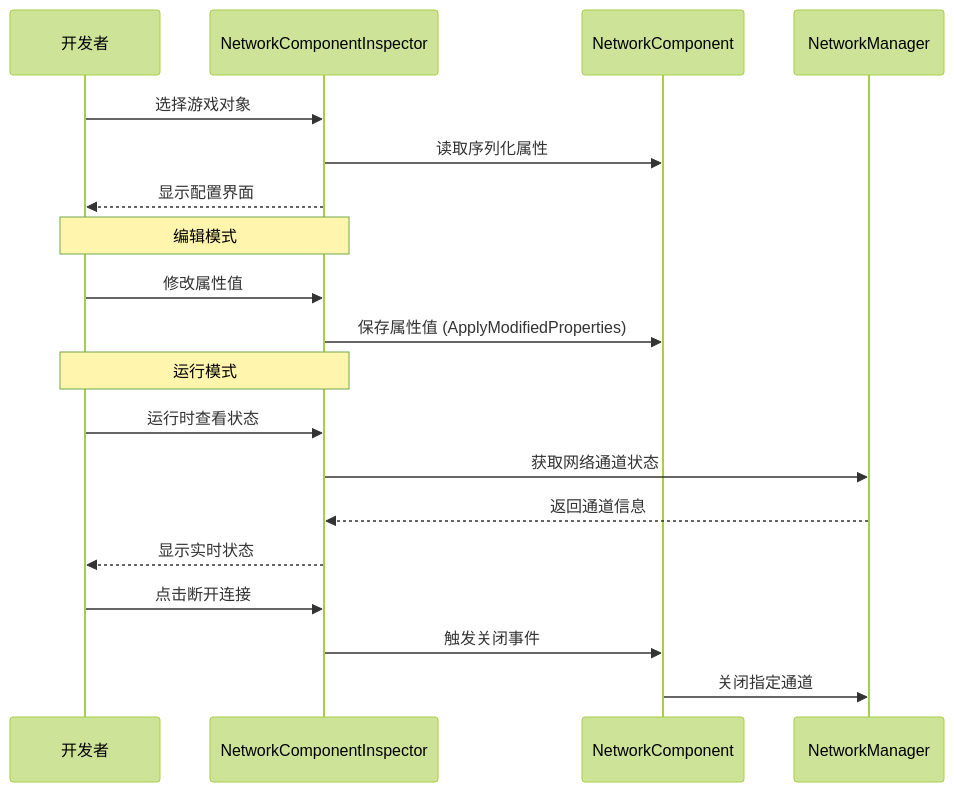
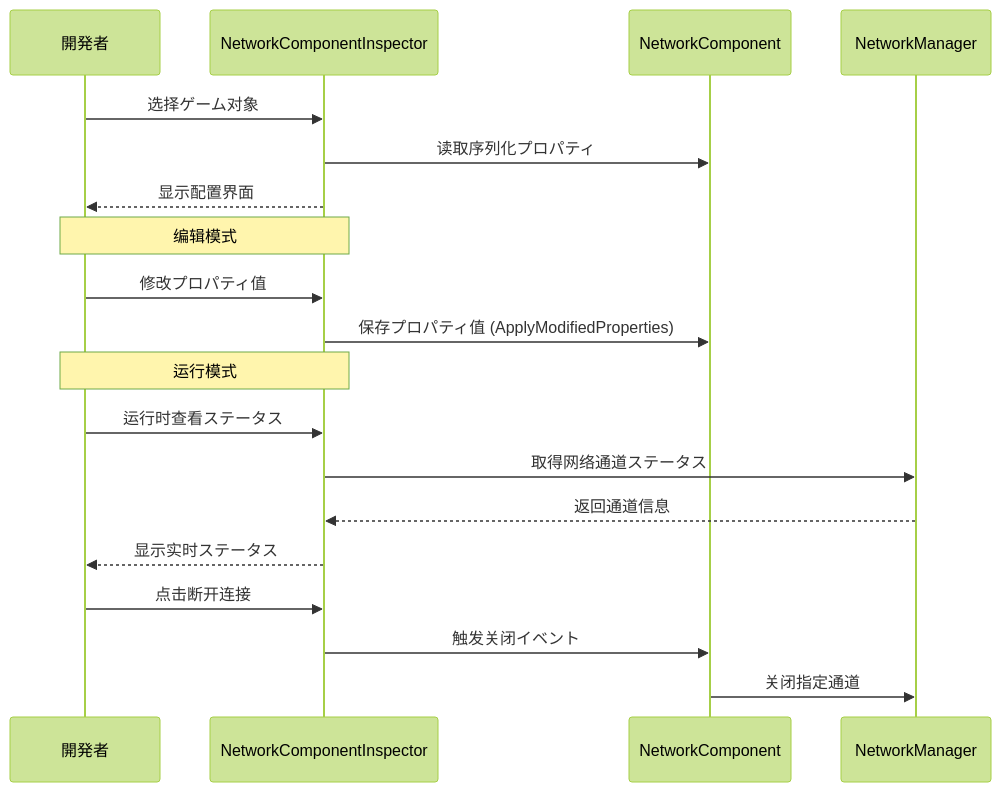
One commit to AlianBlank/GameFrameX.Docs changed the second of 3 diagrams in docs/ja/client/unity/component/network/12.editor-configuration.md. Above: the diagram before and after it, drawn with Mermaid (forest theme). The commit also changed other lines of this file and 603 other files, not shown here.

````diff
--- a/docs/ja/client/unity/component/network/12.editor-configuration.md
+++ b/docs/ja/client/unity/component/network/12.editor-configuration.md
@@ -265,27 +265,27 @@
 ```mermaid
 sequenceDiagram
-    participant Dev as 开发者
+    participant Dev as 開発者
     participant Inspector as NetworkComponentInspector
     participant NC as NetworkComponent
     participant NM as NetworkManager
 
-    Dev->>Inspector: 选择游戏对象
-    Inspector->>NC: 读取序列化属性
+    Dev->>Inspector: 选择ゲーム对象
+    Inspector->>NC: 读取序列化プロパティ
     Inspector-->>Dev: 显示配置界面
     
     Note over Dev,Inspector: 编辑模式
     
-    Dev->>Inspector: 修改属性值
-    Inspector->>NC: 保存属性值 (ApplyModifiedProperties)
+    Dev->>Inspector: 修改プロパティ值
+    Inspector->>NC: 保存プロパティ值 (ApplyModifiedProperties)
     
     Note over Dev,Inspector: 运行模式
     
-    Dev->>Inspector: 运行时查看状态
-    Inspector->>NM: 获取网络通道状态
+    Dev->>Inspector: 运行时查看ステータス
+    Inspector->>NM: 取得网络通道ステータス
     NM-->>Inspector: 返回通道信息
-    Inspector-->>Dev: 显示实时状态
+    Inspector-->>Dev: 显示实时ステータス
     
     Dev->>Inspector: 点击断开连接
-    Inspector->>NC: 触发关闭事件
+    Inspector->>NC: 触发关闭イベント
     NC->>NM: 关闭指定通道
 ```
````
